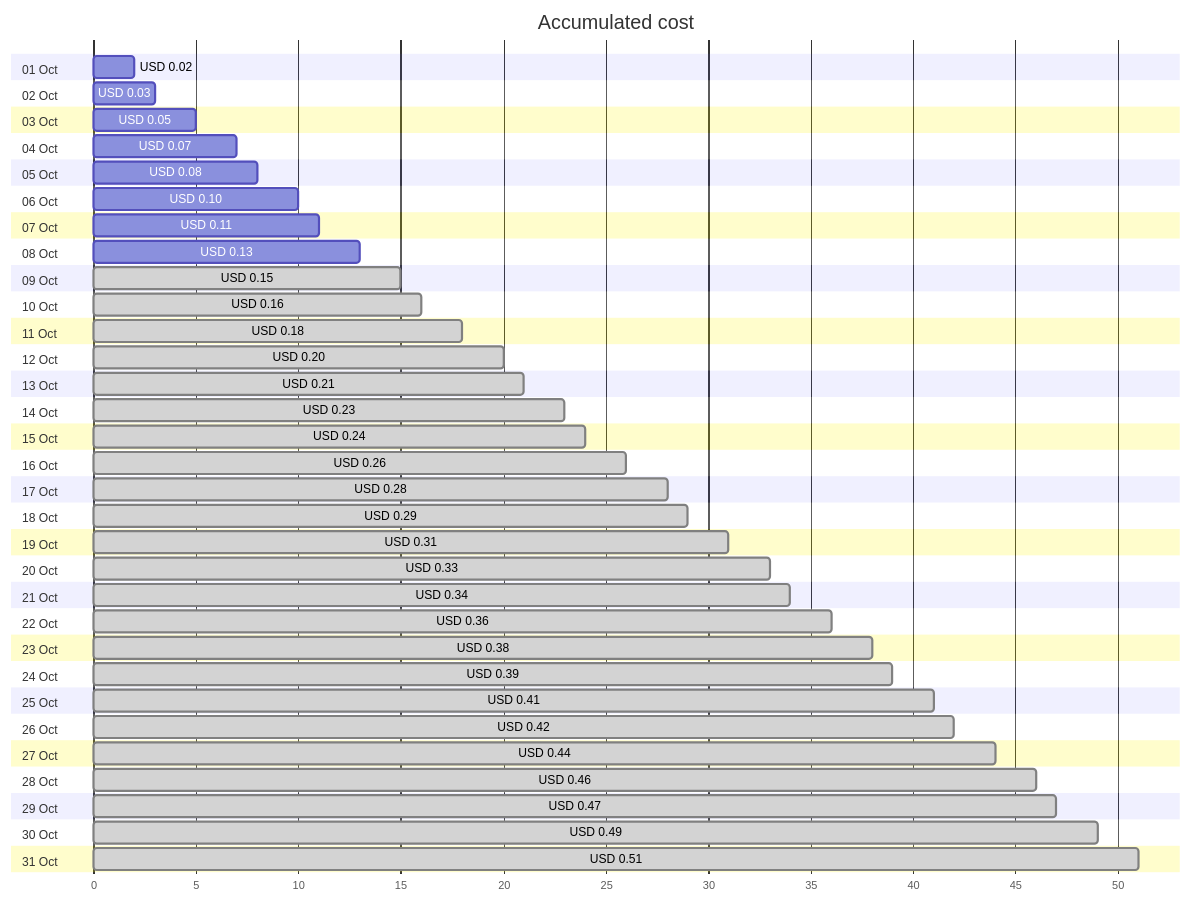
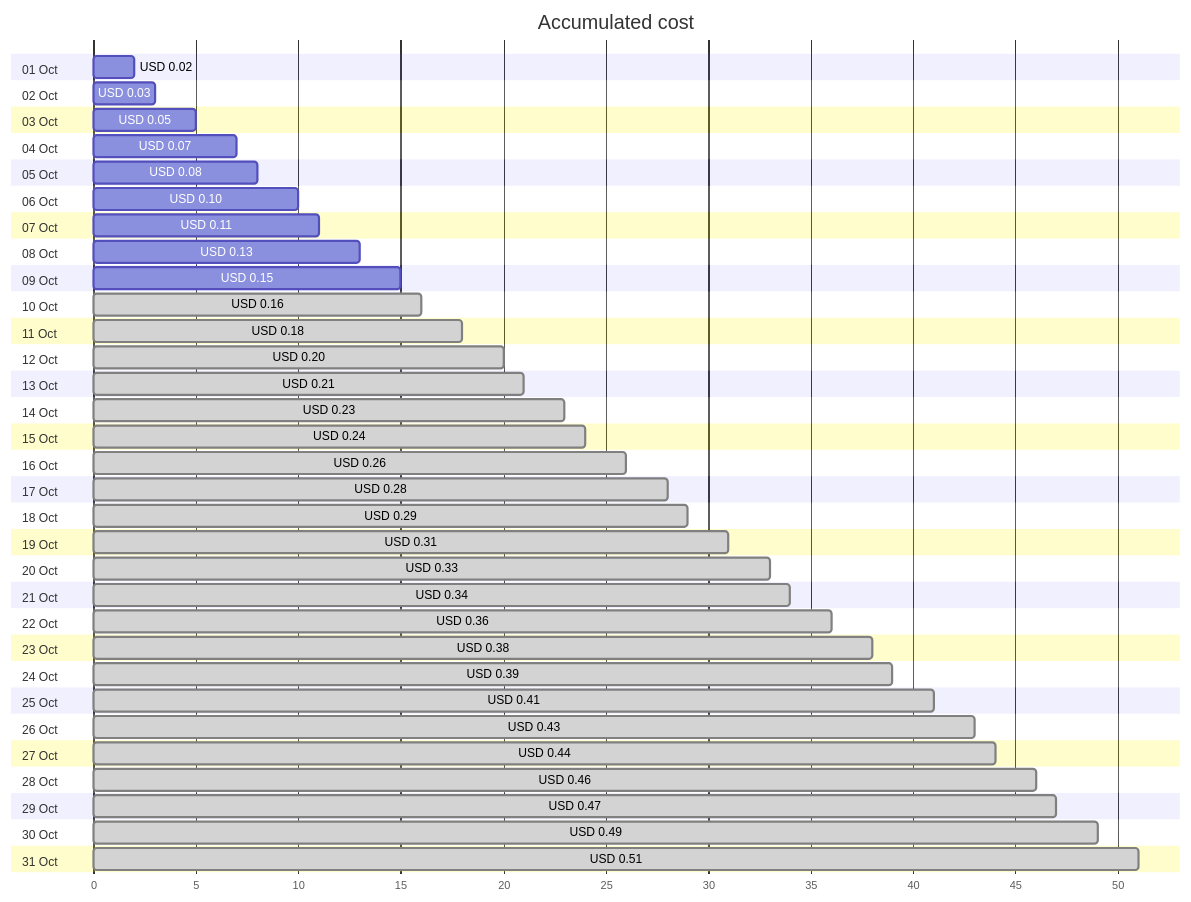
Before and after one commit to jpfulton/azure-personal-reports: the first of 4 diagrams in cost-reports/personal-dns/jpatrickfulton.com.md, drawn with Mermaid. The commit also changed other lines of this file and 2 other files, not shown here.

````diff
--- a/cost-reports/personal-dns/jpatrickfulton.com.md
+++ b/cost-reports/personal-dns/jpatrickfulton.com.md
@@ -20,68 +20,68 @@
 ```mermaid
 gantt
    title Accumulated cost
    dateFormat  X
    axisFormat %s
    section 01 Oct
    USD 0.02 :0, 2
    section 02 Oct
    USD 0.03 :0, 3
    section 03 Oct
    USD 0.05 :0, 5
    section 04 Oct
    USD 0.07 :0, 7
    section 05 Oct
    USD 0.08 :0, 8
    section 06 Oct
    USD 0.10 :0, 10
    section 07 Oct
    USD 0.11 :0, 11
    section 08 Oct
    USD 0.13 :0, 13
    section 09 Oct
-   USD 0.15 : done, 0, 15
+   USD 0.15 :0, 15
    section 10 Oct
    USD 0.16 : done, 0, 16
    section 11 Oct
    USD 0.18 : done, 0, 18
    section 12 Oct
    USD 0.20 : done, 0, 20
    section 13 Oct
    USD 0.21 : done, 0, 21
    section 14 Oct
    USD 0.23 : done, 0, 23
    section 15 Oct
    USD 0.24 : done, 0, 24
    section 16 Oct
    USD 0.26 : done, 0, 26
    section 17 Oct
    USD 0.28 : done, 0, 28
    section 18 Oct
    USD 0.29 : done, 0, 29
    section 19 Oct
    USD 0.31 : done, 0, 31
    section 20 Oct
    USD 0.33 : done, 0, 33
    section 21 Oct
    USD 0.34 : done, 0, 34
    section 22 Oct
    USD 0.36 : done, 0, 36
    section 23 Oct
    USD 0.38 : done, 0, 38
    section 24 Oct
    USD 0.39 : done, 0, 39
    section 25 Oct
    USD 0.41 : done, 0, 41
    section 26 Oct
-   USD 0.42 : done, 0, 42
+   USD 0.43 : done, 0, 43
    section 27 Oct
    USD 0.44 : done, 0, 44
    section 28 Oct
    USD 0.46 : done, 0, 46
    section 29 Oct
    USD 0.47 : done, 0, 47
    section 30 Oct
    USD 0.49 : done, 0, 49
    section 31 Oct
    USD 0.51 : done, 0, 51
 ```
````
